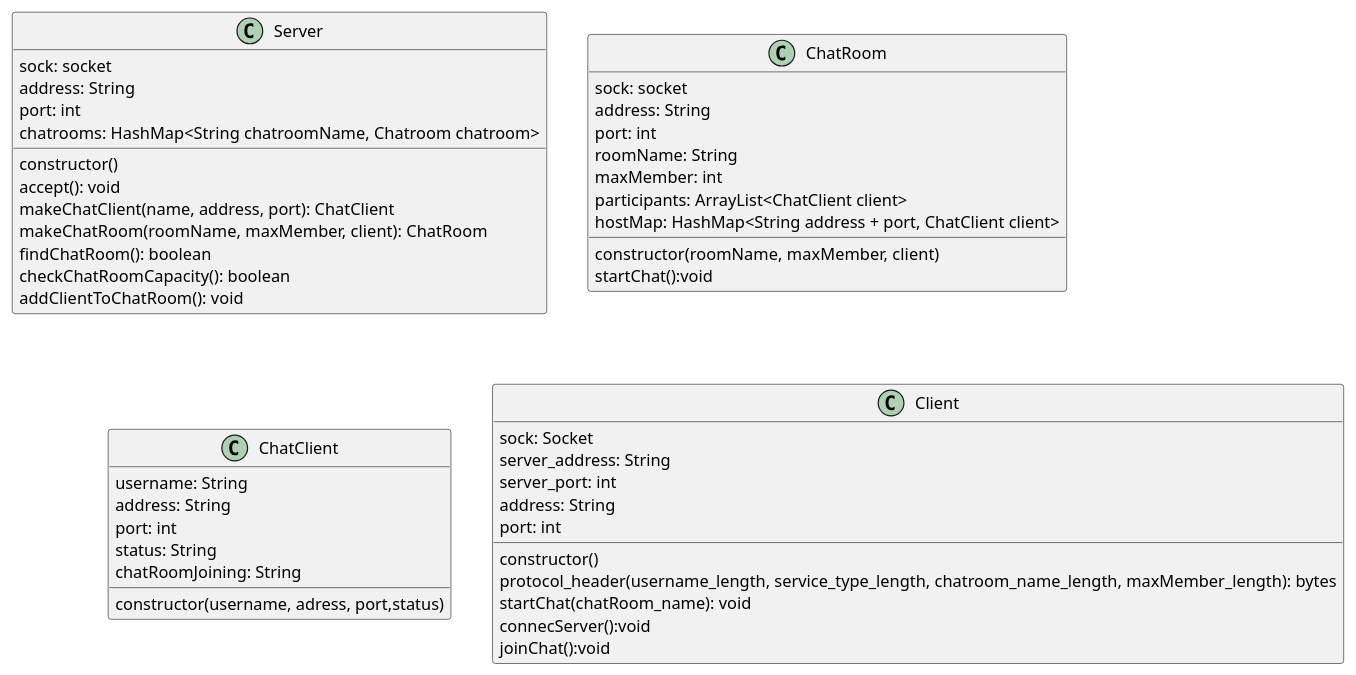
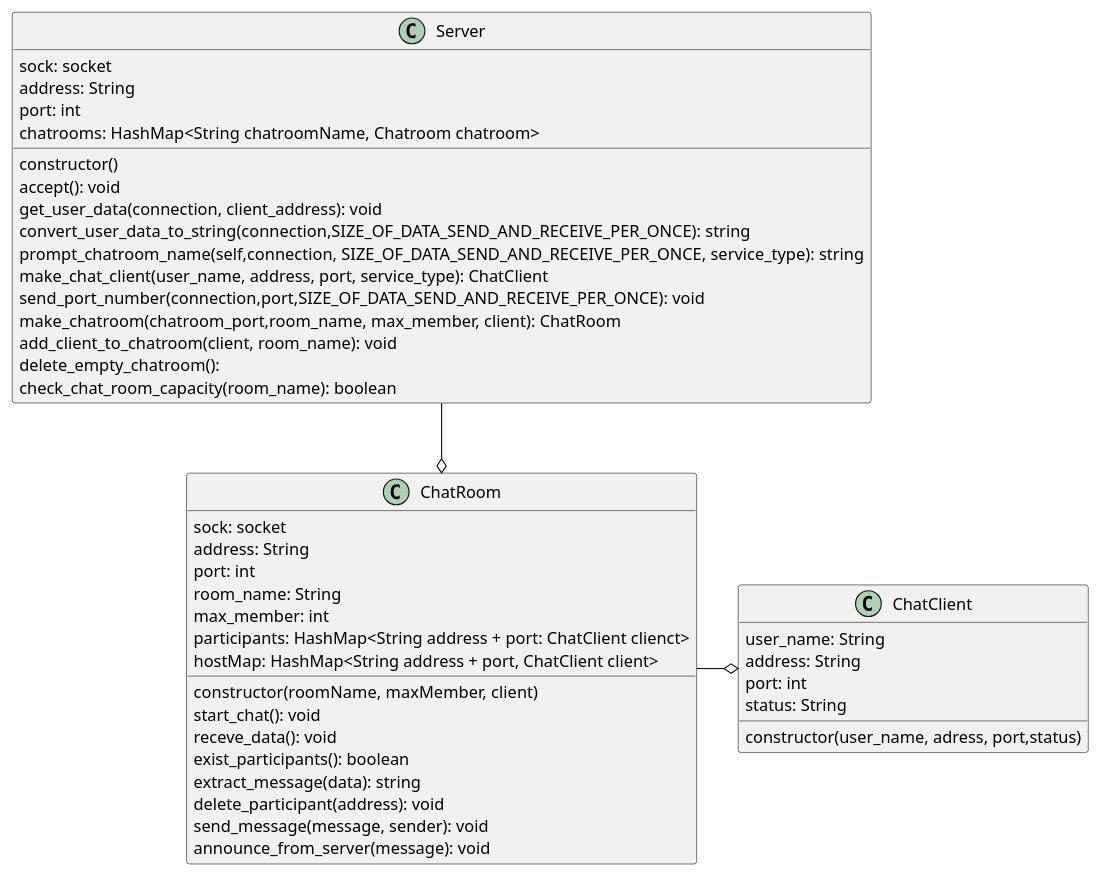
The diagram in class_diagram.wsd (AkinoJoey/online-chat-messenger), drawn with PlantUML before and after one commit.

Commit message:
最終的な形に加筆修正。

```diff
--- a/class_diagram.wsd
+++ b/class_diagram.wsd
@@ -1,54 +1,50 @@
 @startuml all
+Server --o ChatRoom
+ChatRoom -o ChatClient
 
 ' サーバー側のコード。クライアントのリクエストを受けて、チャットルームを作成したり、チャットルームにジョインさせたりする
 class Server{
     sock: socket
     address: String
     port: int
     chatrooms: HashMap<String chatroomName, Chatroom chatroom>
     constructor()
     accept(): void
-    makeChatClient(name, address, port): ChatClient
-    makeChatRoom(roomName, maxMember, client): ChatRoom   
-    findChatRoom(): boolean
-    checkChatRoomCapacity(): boolean
-    addClientToChatRoom(): void
+    get_user_data(connection, client_address): void
+    convert_user_data_to_string(connection,SIZE_OF_DATA_SEND_AND_RECEIVE_PER_ONCE): string
+    prompt_chatroom_name(self,connection, SIZE_OF_DATA_SEND_AND_RECEIVE_PER_ONCE, service_type): string
+    make_chat_client(user_name, address, port, service_type): ChatClient
+    send_port_number(connection,port,SIZE_OF_DATA_SEND_AND_RECEIVE_PER_ONCE): void
+    make_chatroom(chatroom_port,room_name, max_member, client): ChatRoom
+    add_client_to_chatroom(client, room_name): void
+    delete_empty_chatroom():
+    check_chat_room_capacity(room_name): boolean
+}
+
+class ChatClient{
+    user_name: String
+    address: String
+    port: int
+    status: String 
+    constructor(user_name, adress, port,status)
 }
 
 class ChatRoom{
     sock: socket
     address: String
     port: int
-    roomName: String
-    maxMember: int
-    participants: ArrayList<ChatClient client>
+    room_name: String
+    max_member: int
+    participants: HashMap<String address + port: ChatClient clienct>
     hostMap: HashMap<String address + port, ChatClient client>
     constructor(roomName, maxMember, client)
-    startChat():void
-    
+    start_chat(): void
+    receve_data(): void
+    exist_participants(): boolean
+    extract_message(data): string
+    delete_participant(address): void
+    send_message(message, sender): void
+    announce_from_server(message): void
 }
 
-class ChatClient{
-    username: String
-    address: String
-    port: int
-    status: String 
-    chatRoomJoining: String
-    constructor(username, adress, port,status)
-}
-
-class Client{
-    sock: Socket
-    server_address: String
-    server_port: int
-    address: String
-    port: int
-    constructor()
-    protocol_header(username_length, service_type_length, chatroom_name_length, maxMember_length): bytes
-    startChat(chatRoom_name): void
-    connecServer():void
-    joinChat():void
-}
-
-
 @enduml
```
